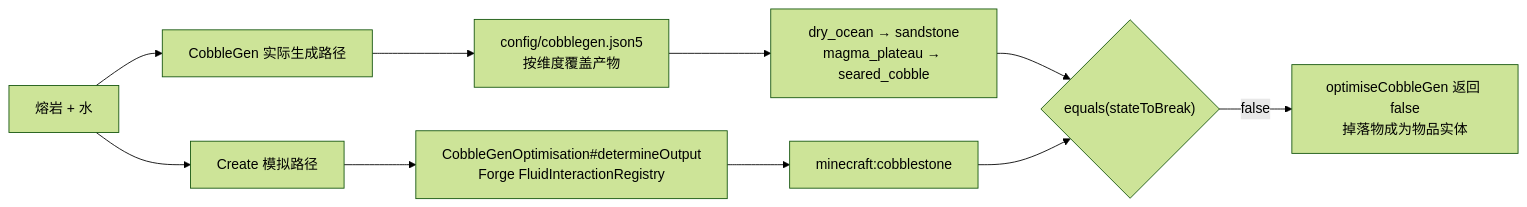
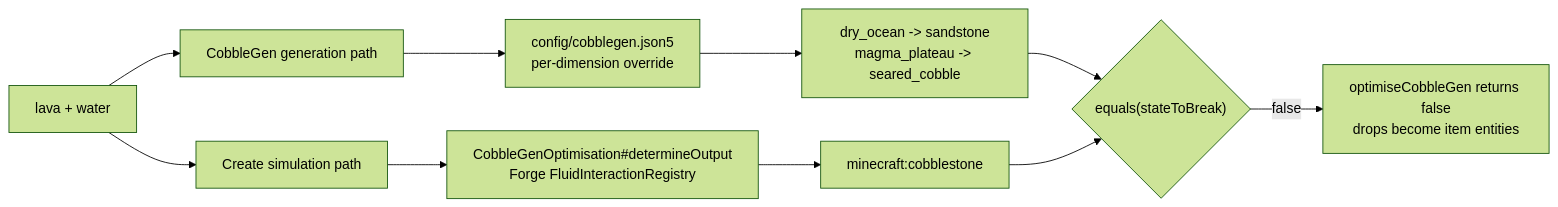
The second of 2 diagrams in docs/TECHNICAL.md (Huyil/cw_portal_guard), drawn with Mermaid (forest theme) before and after one commit. The commit also changed other lines of this file and 5 other files, not shown here.

````diff
--- a/docs/TECHNICAL.md
+++ b/docs/TECHNICAL.md
@@ -238,12 +252,12 @@
 ```mermaid
 flowchart LR
-    A[熔岩 + 水] --> B[CobbleGen 实际生成路径]
-    A --> C[Create 模拟路径]
-    B --> D["config/cobblegen.json5<br/>按维度覆盖产物"]
-    D --> E["dry_ocean → sandstone<br/>magma_plateau → seared_cobble"]
+    A["lava + water"] --> B["CobbleGen generation path"]
+    A --> C["Create simulation path"]
+    B --> D["config/cobblegen.json5<br/>per-dimension override"]
+    D --> E["dry_ocean -> sandstone<br/>magma_plateau -> seared_cobble"]
     C --> F["CobbleGenOptimisation#determineOutput<br/>Forge FluidInteractionRegistry"]
     F --> G["minecraft:cobblestone"]
     E --> H{"equals(stateToBreak)"}
     G --> H
-    H -->|false| I["optimiseCobbleGen 返回 false<br/>掉落物成为物品实体"]
+    H -->|false| I["optimiseCobbleGen returns false<br/>drops become item entities"]
 ```
````
